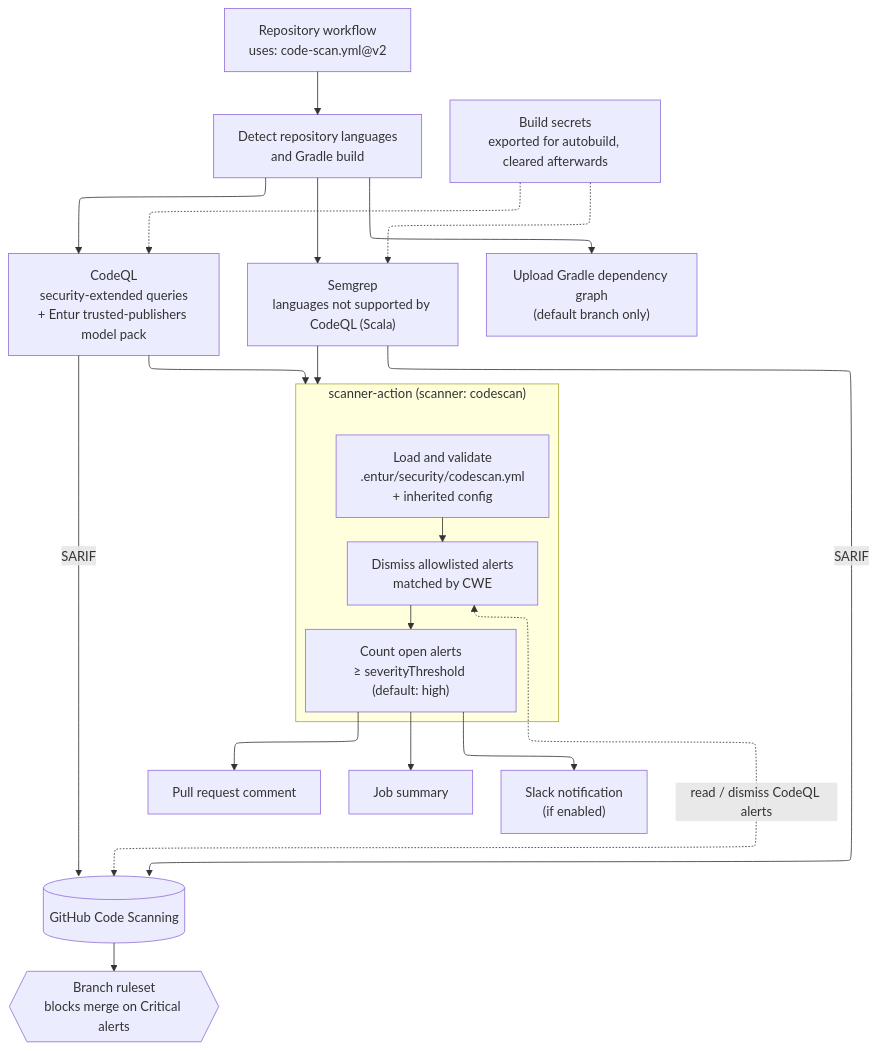
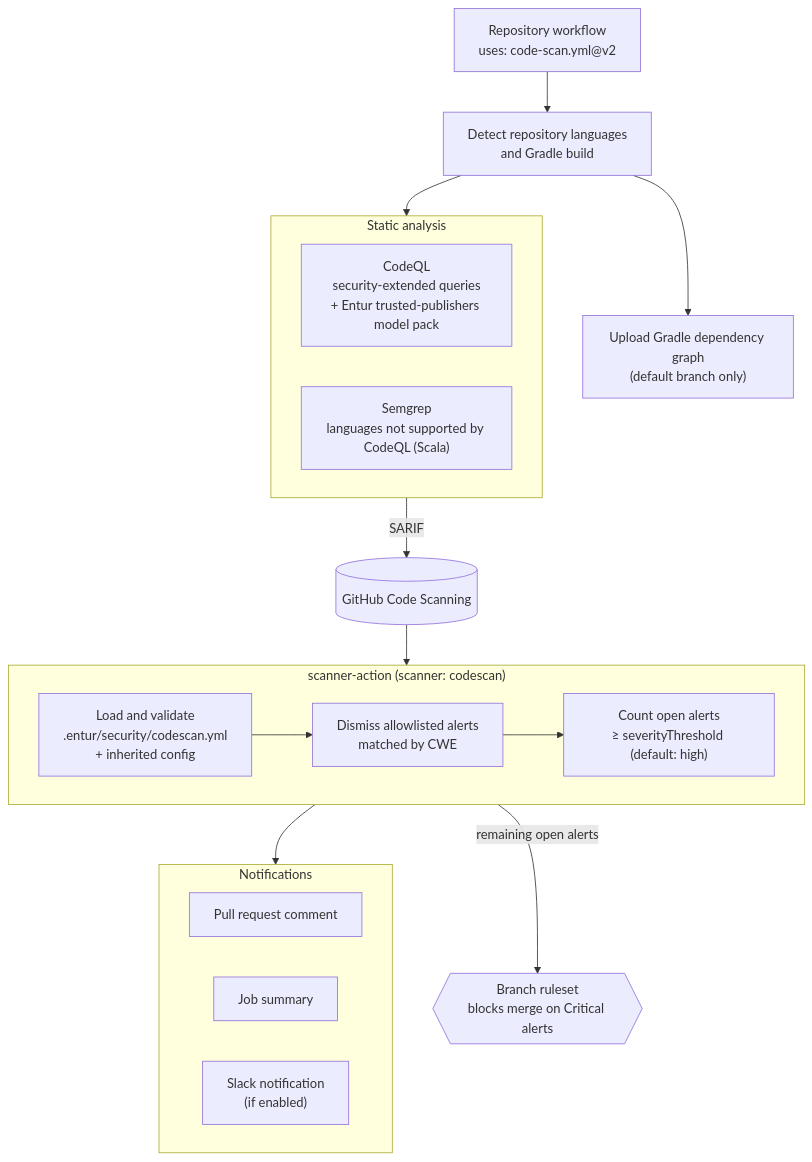
The first of 2 diagrams in ARCHITECTURE.md (entur/gha-security), drawn with Mermaid before and after one commit. The commit also changed other lines of this file, not shown here.

Commit message:
docs: update graphs to be readable

````diff
--- a/ARCHITECTURE.md
+++ b/ARCHITECTURE.md
@@ -15,33 +18,29 @@
 ```mermaid
----
-config:
-  layout: elk
----
 flowchart TB
     CALLER["Repository workflow<br/>uses: code-scan.yml@v2"] --> DETECT["Detect repository languages<br/>and Gradle build"]
 
-    DETECT --> CODEQL["CodeQL<br/>security-extended queries<br/>+ Entur trusted-publishers model pack"]
-    DETECT --> SEMGREP["Semgrep<br/>languages not supported by CodeQL (Scala)"]
-    SECRETS["Build secrets<br/>exported for autobuild, cleared afterwards"] -.-> CODEQL
-    SECRETS -.-> SEMGREP
-
-    CODEQL -- SARIF --> GHCS[("GitHub Code Scanning")]
-    SEMGREP -- SARIF --> GHCS
-
-    CODEQL --> SCANNER
-    SEMGREP --> SCANNER
+    DETECT --> SCAN
     DETECT --> DEPGRAPH["Upload Gradle dependency graph<br/>(default branch only)"]
 
+    subgraph SCAN["Static analysis"]
+        CODEQL["CodeQL<br/>security-extended queries<br/>+ Entur trusted-publishers model pack"]
+        SEMGREP["Semgrep<br/>languages not supported by CodeQL (Scala)"]
+    end
+
+    SCAN -- SARIF --> GHCS[("GitHub Code Scanning")]
+    GHCS --> SCANNER
+
     subgraph SCANNER["scanner-action (scanner: codescan)"]
-        direction TB
         LOAD["Load and validate<br/>.entur/security/codescan.yml<br/>+ inherited config"] --> ALLOW["Dismiss allowlisted alerts<br/>matched by CWE"]
         ALLOW --> NOTIFY["Count open alerts<br/>≥ severityThreshold (default: high)"]
     end
 
-    ALLOW <-. "read / dismiss CodeQL alerts" .-> GHCS
-    NOTIFY --> PR["Pull request comment"]
-    NOTIFY --> SUMMARY["Job summary"]
-    NOTIFY --> SLACK["Slack notification<br/>(if enabled)"]
+    SCANNER --> OUTPUTS
+    SCANNER -- remaining open alerts --> RULESET{{"Branch ruleset<br/>blocks merge on Critical alerts"}}
 
-    GHCS --> RULESET{{"Branch ruleset<br/>blocks merge on Critical alerts"}}
+    subgraph OUTPUTS["Notifications"]
+        PR["Pull request comment"]
+        SUMMARY["Job summary"]
+        SLACK["Slack notification<br/>(if enabled)"]
+    end
 ```
````
